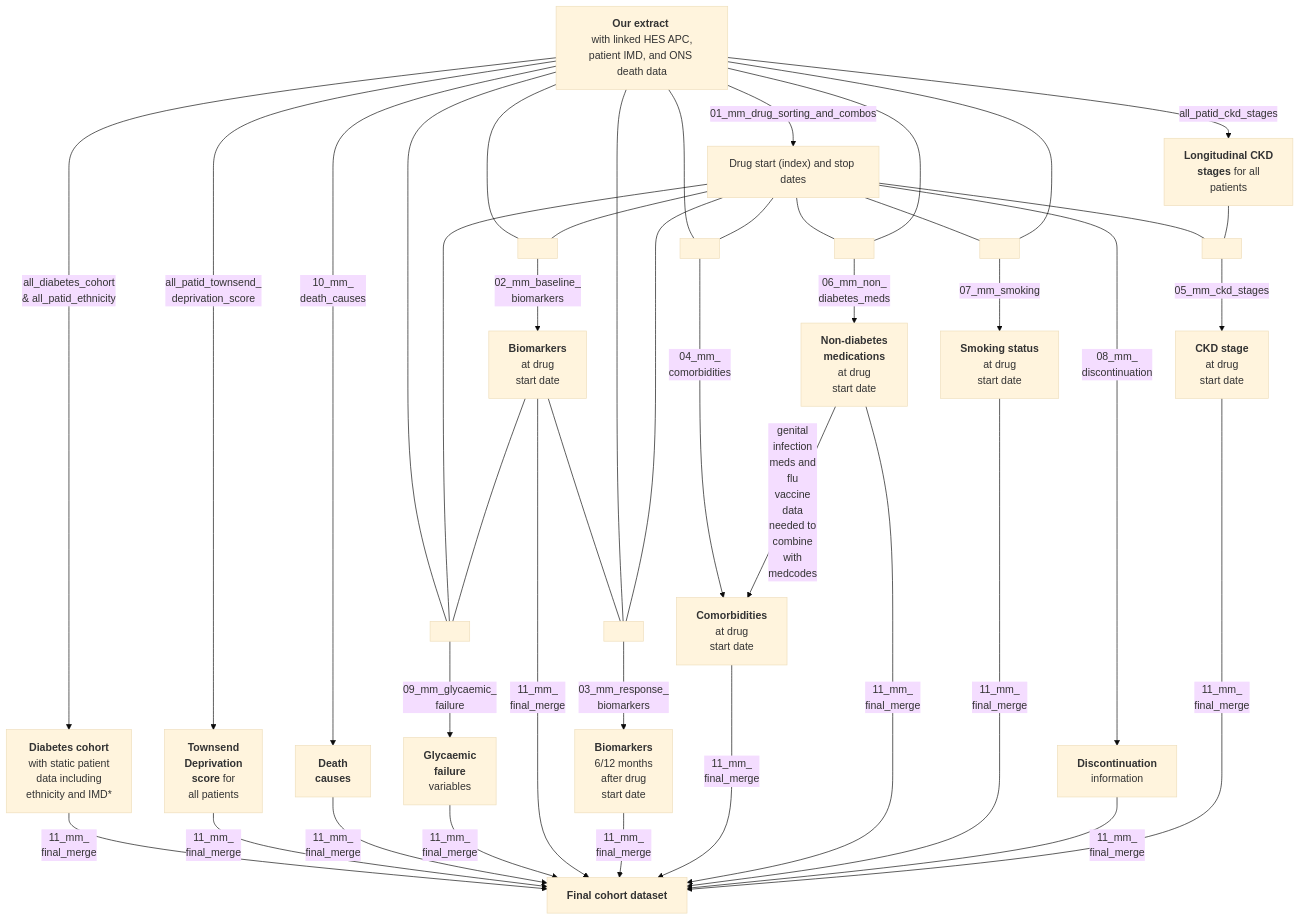
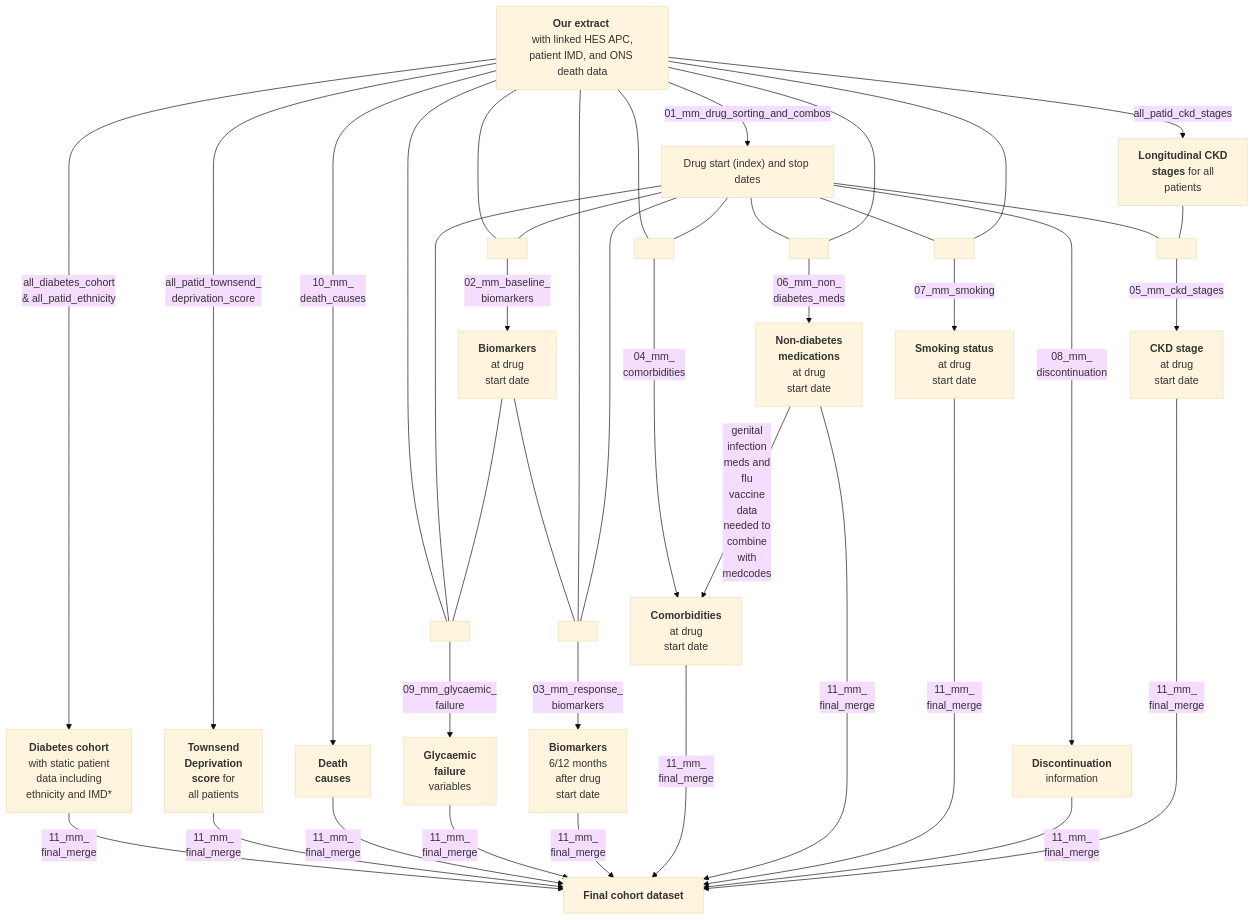
One commit to Exeter-Diabetes/CPRD-Cohort-scripts changed the diagram in 03-Treatment-response-(MASTERMIND)/README.md. Above: the diagram before and after it, drawn with Mermaid (base theme).

````diff
--- a/03-Treatment-response-(MASTERMIND)/README.md
+++ b/03-Treatment-response-(MASTERMIND)/README.md
@@ -13,55 +13,54 @@
 ```mermaid
 graph TD;
     A["<b>Our extract</b> <br> with linked HES APC, patient IMD, and ONS death data"] --> |"all_diabetes_cohort <br> & all_patid_ethnicity"|B["<b>Diabetes cohort<br></b> with static patient <br>data including <br>ethnicity and IMD*"]
     A-->|"all_patid_townsend_<br>deprivation_score"|N["<b>Townsend<br> Deprivation<br>score</b> for<br> all patients"]
     A-->|"10_mm_<br>death_causes"|O["<b>Death<br>causes</b>"]
     A-->|"01_mm_drug_sorting_and_combos"|H["Drug start (index) and stop dates"]
 
     A---P[ ]:::empty
     H---P
     E---P
     P-->|"09_mm_glycaemic_<br>failure"|Q["<b>Glycaemic<br>failure</b><br>variables"]
 
     A---Y[ ]:::empty
     H---Y
     Y-->|"02_mm_baseline_<br>biomarkers"|E["<b>Biomarkers</b> <br> at drug <br> start date"]
 
     E---T[ ]:::empty
     A---T
     H---T
     T-->|"03_mm_response_<br>biomarkers"|L["<b>Biomarkers</b> <br> 6/12 months <br> after drug <br>start date"]
     
     A---W[ ]:::empty
     H---W
     W-->|"04_mm_<br>comorbidities"|F["<b>Comorbidities</b> <br> at drug <br> start date"]
     
     H---U[ ]:::empty
     A---U
     U-->|"06_mm_non_<br>diabetes_meds"|M["<b>Non-diabetes <br>medications</b> <br> at drug <br> start date"]
     
     M-->|"genital<br>infection<br>meds and<br>flu<br>vaccine<br>data<br>needed to<br>combine<br>with<br>medcodes"|F
     
     H---X[ ]:::empty
     A---X
     X-->|"07_mm_smoking"|G["<b>Smoking status</b> <br> at drug <br> start date"]
     
     H-->|"08_mm_<br>discontinuation"|V["<b>Discontinuation</b><br> information"]
     
     A-->|"all_patid_ckd_stages"|C["<b>Longitudinal CKD <br> stages</b> for all <br> patients"]
     H---Z[ ]:::empty
     C---Z
     Z-->|"05_mm_ckd_stages"|I["<b>CKD stage </b> <br> at drug <br> start date"]
     
     
     B-->|"11_mm_<br>final_merge"|J["<b>Final cohort dataset</b>"]
     N-->|"11_mm_<br>final_merge"|J
     O-->|"11_mm_<br>final_merge"|J
     Q-->|"11_mm_<br>final_merge"|J
-    E-->|"11_mm_<br>final_merge"|J
     L-->|"11_mm_<br>final_merge"|J
     F-->|"11_mm_<br>final_merge"|J
     M-->|"11_mm_<br>final_merge"|J  
     G-->|"11_mm_<br>final_merge"|J
     V-->|"11_mm_<br>final_merge"|J
     I-->|"11_mm_<br>final_merge"|J  
 ```
````
